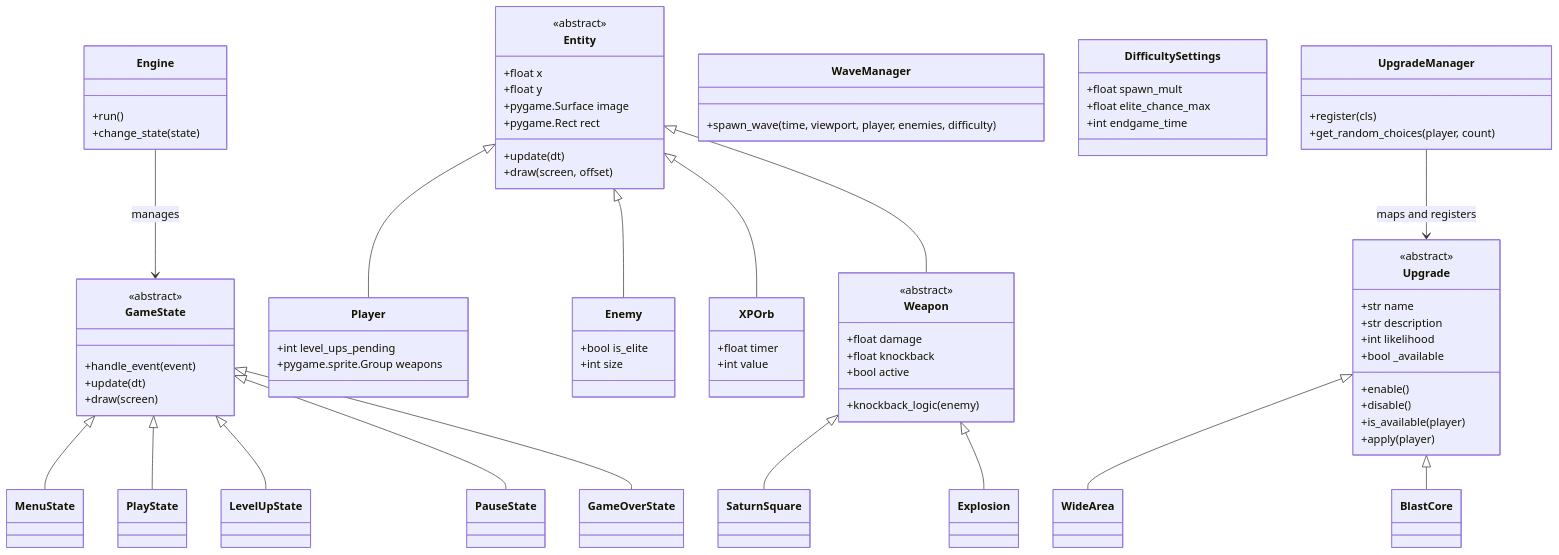
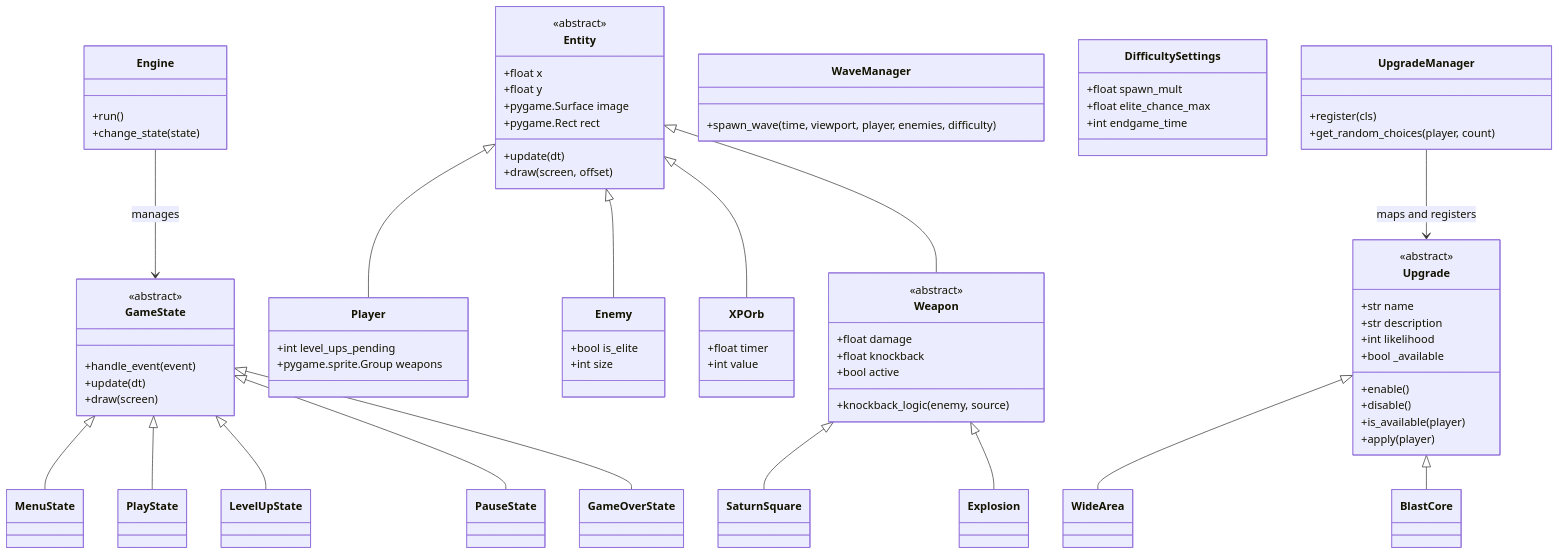
One commit to lavariall/square-survivors changed the diagram in README.md. Above: the diagram before and after it, drawn with Mermaid.

```diff
--- a/README.md
+++ b/README.md
@@ -77,7 +77,7 @@
         +float damage
         +float knockback
         +bool active
-        +knockback_logic(enemy)
+        +knockback_logic(enemy, source)
     }
     class SaturnSquare { }
     class Explosion { }
```
